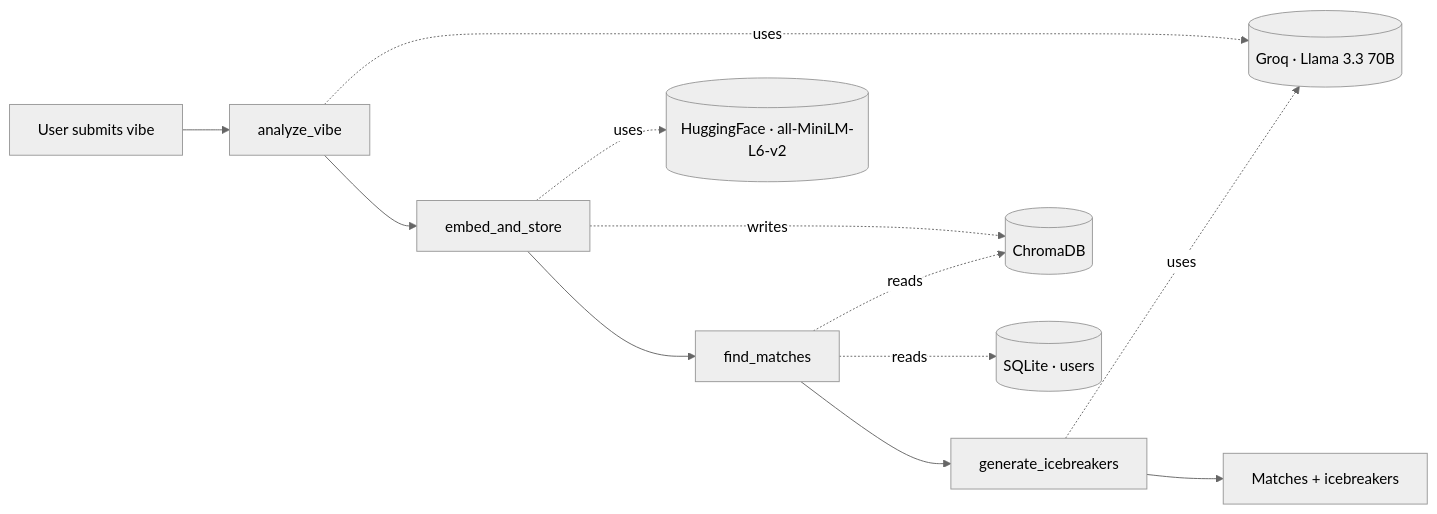
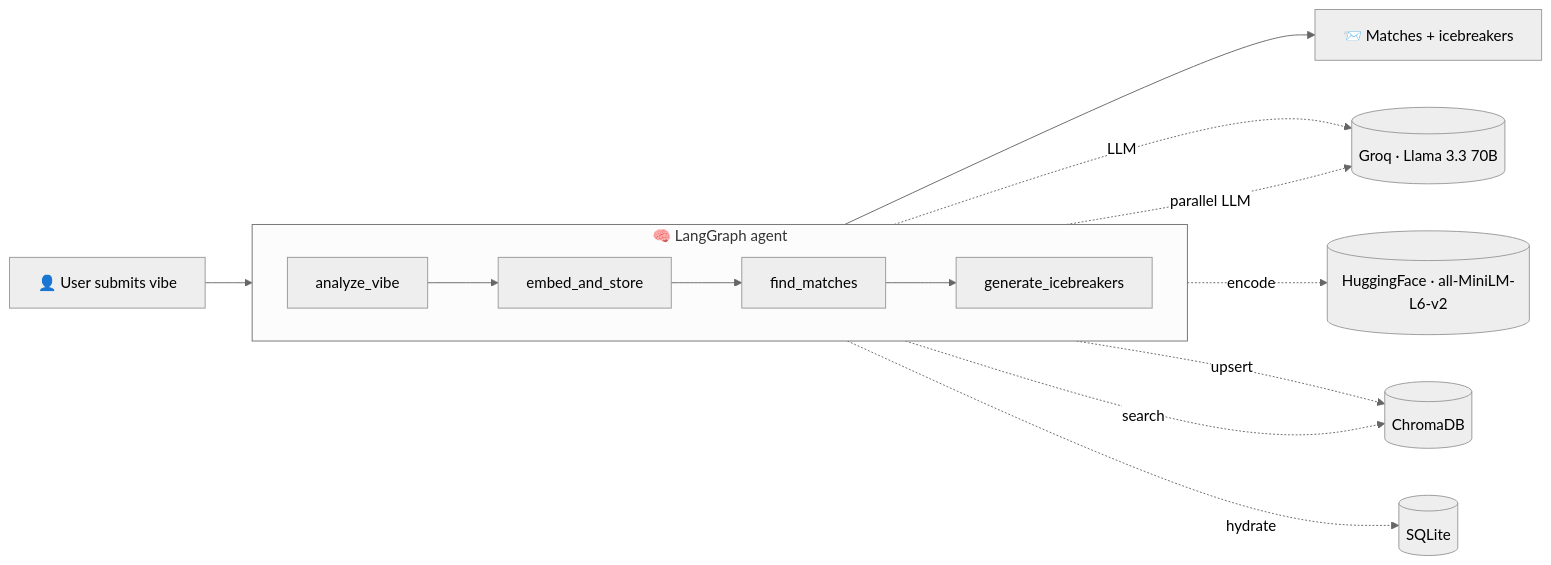
Before and after one commit to pruthvigunturu/viberoom: the diagram in README.md, drawn with Mermaid (neutral theme). The commit also changed other lines of this file and 3 other files, not shown here.

````diff
--- a/README.md
+++ b/README.md
@@ -11,15 +38,18 @@
 ```mermaid
-graph LR
-    A[User submits vibe] --> B[analyze_vibe]
-    B --> C[embed_and_store]
-    C --> D[find_matches]
-    D --> E[generate_icebreakers]
-    E --> F[Matches + icebreakers]
+flowchart LR
+    User[👤 User submits vibe] --> A1
+    subgraph LangGraph[" 🧠 LangGraph agent"]
+        direction LR
+        A1[analyze_vibe] --> A2[embed_and_store]
+        A2 --> A3[find_matches]
+        A3 --> A4[generate_icebreakers]
+    end
+    A4 --> Result[📨 Matches + icebreakers]
 
-    B -.uses.-> G[(Groq · Llama 3.3 70B)]
-    C -.uses.-> H[(HuggingFace · all-MiniLM-L6-v2)]
-    C -.writes.-> I[(ChromaDB)]
-    D -.reads.-> I
-    D -.reads.-> J[(SQLite · users)]
-    E -.uses.-> G
+    A1 -.LLM.-> Groq[(Groq · Llama 3.3 70B)]
+    A2 -.encode.-> HF[(HuggingFace · all-MiniLM-L6-v2)]
+    A2 -.upsert.-> Chroma[(ChromaDB)]
+    A3 -.search.-> Chroma
+    A3 -.hydrate.-> SQL[(SQLite)]
+    A4 -.parallel LLM.-> Groq
 ```
````
